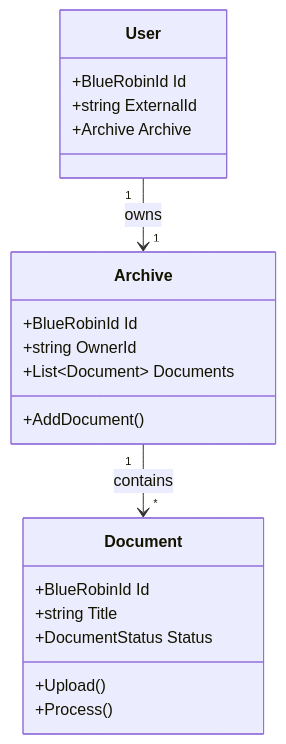
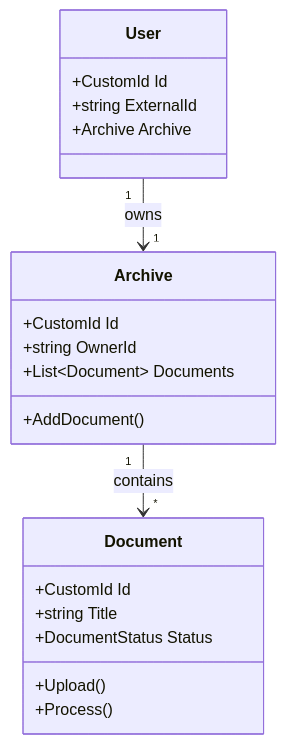
Before and after one commit to viktorrobin/bluerobin-blog: the eighth of 16 diagrams in src/content/blog/mermaid-diagrams-technical-documentation.mdx, drawn with Mermaid. The commit also changed other lines of this file and 111 other files, not shown here.

````diff
--- a/src/content/blog/mermaid-diagrams-technical-documentation.mdx
+++ b/src/content/blog/mermaid-diagrams-technical-documentation.mdx
@@ -189,26 +189,26 @@
 ```mermaid
 classDiagram
     class Document {
-        +BlueRobinId Id
+        +CustomId Id
         +string Title
         +DocumentStatus Status
         +Upload()
         +Process()
     }
     
     class Archive {
-        +BlueRobinId Id
+        +CustomId Id
         +string OwnerId
         +List~Document~ Documents
         +AddDocument()
     }
     
     class User {
-        +BlueRobinId Id
+        +CustomId Id
         +string ExternalId
         +Archive Archive
     }
     
     User "1" --> "1" Archive : owns
     Archive "1" --> "*" Document : contains
 ```
````
